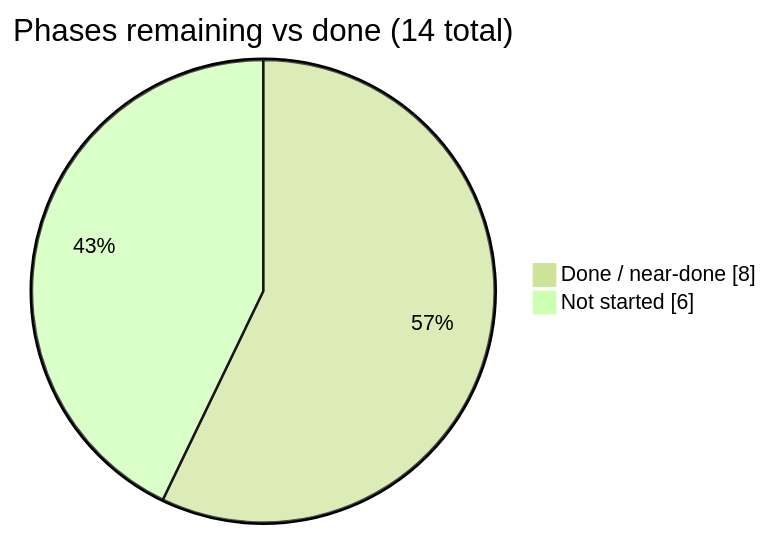
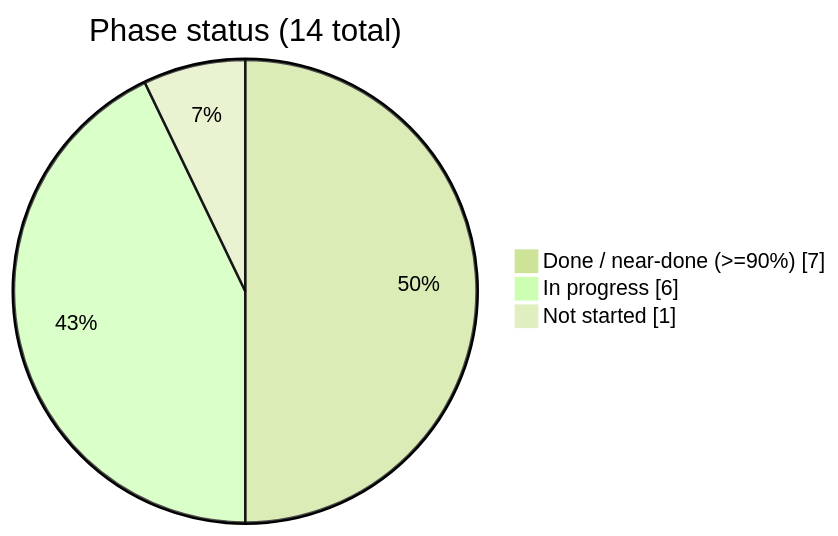
Before and after one commit to yashika641/postgreSQL_query-ai: the fourth of 4 diagrams in docs/DASHBOARD.md, drawn with Mermaid (forest theme). The commit also changed other lines of this file and 15 other files, not shown here.

First line of the commit message:
feat: Enhance chat response with charting capabilities

````diff
--- a/docs/DASHBOARD.md
+++ b/docs/DASHBOARD.md
@@ -233,6 +293,7 @@
 ```mermaid
 pie showData
-    title Phases remaining vs done (14 total)
-    "Done / near-done" : 8
-    "Not started" : 6
+    title Phase status (14 total)
+    "Done / near-done (>=90%)" : 7
+    "In progress" : 6
+    "Not started" : 1
 ```
````
